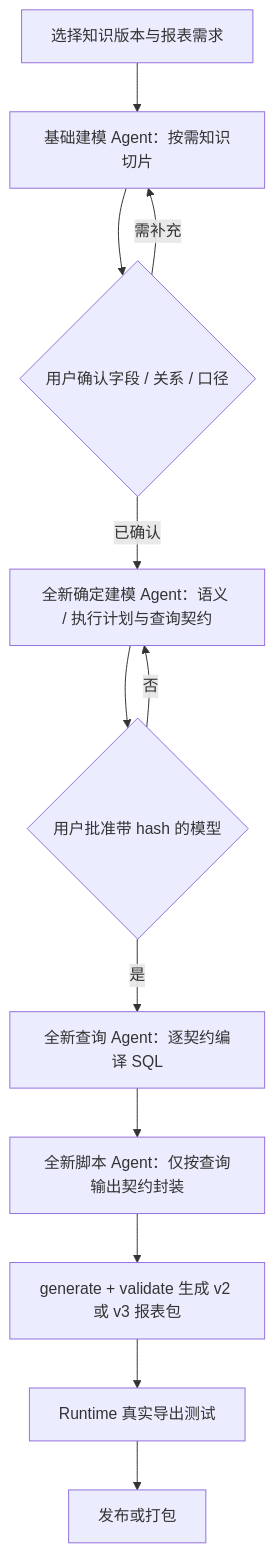
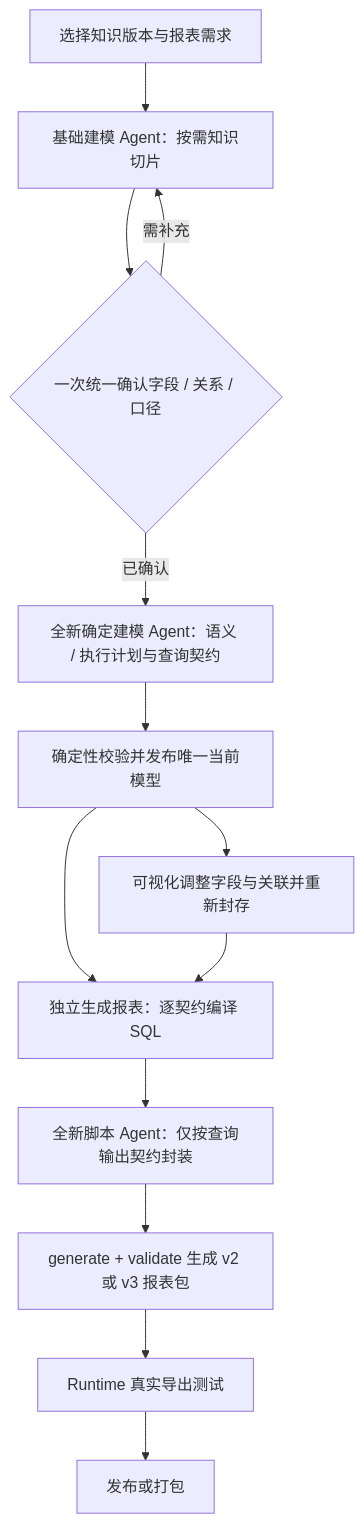
One commit to koigxx/easybi-studio changed the third of 3 diagrams in skill-source/easy-bi/docs/总体架构.md. Above: the diagram before and after it, drawn with Mermaid. The commit also changed other lines of this file and 49 other files, not shown here.

````diff
--- a/skill-source/easy-bi/docs/总体架构.md
+++ b/skill-source/easy-bi/docs/总体架构.md
@@ -142,14 +143,15 @@
 ```mermaid
 flowchart TD
     A["选择知识版本与报表需求"] --> B["基础建模 Agent：按需知识切片"]
-    B --> C{"用户确认字段 / 关系 / 口径"}
+    B --> C{"一次统一确认字段 / 关系 / 口径"}
     C -- 需补充 --> B
     C -- 已确认 --> D["全新确定建模 Agent：语义 / 执行计划与查询契约"]
-    D --> E{"用户批准带 hash 的模型"}
-    E -- 否 --> D
-    E -- 是 --> F["全新查询 Agent：逐契约编译 SQL"]
+    D --> E["确定性校验并发布唯一当前模型"]
+    E --> M["可视化调整字段与关联并重新封存"]
+    E --> F["独立生成报表：逐契约编译 SQL"]
+    M --> F
     F --> G["全新脚本 Agent：仅按查询输出契约封装"]
     G --> H["generate + validate 生成 v2 或 v3 报表包"]
     H --> I["Runtime 真实导出测试"]
     I --> J["发布或打包"]
 ```
````
